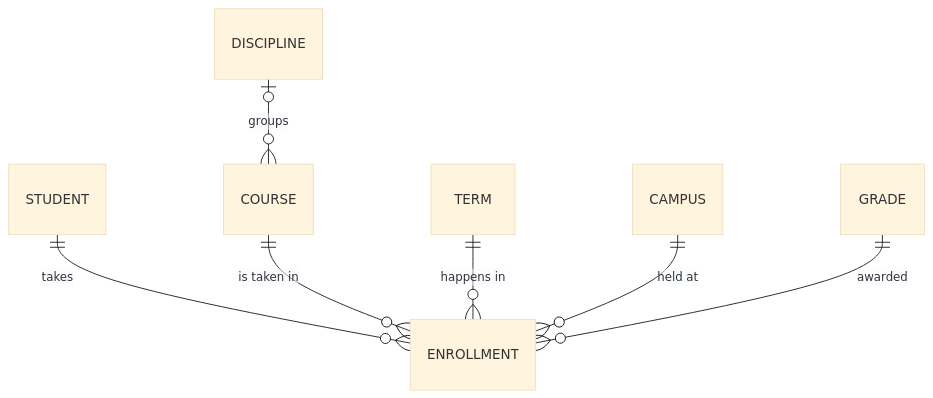
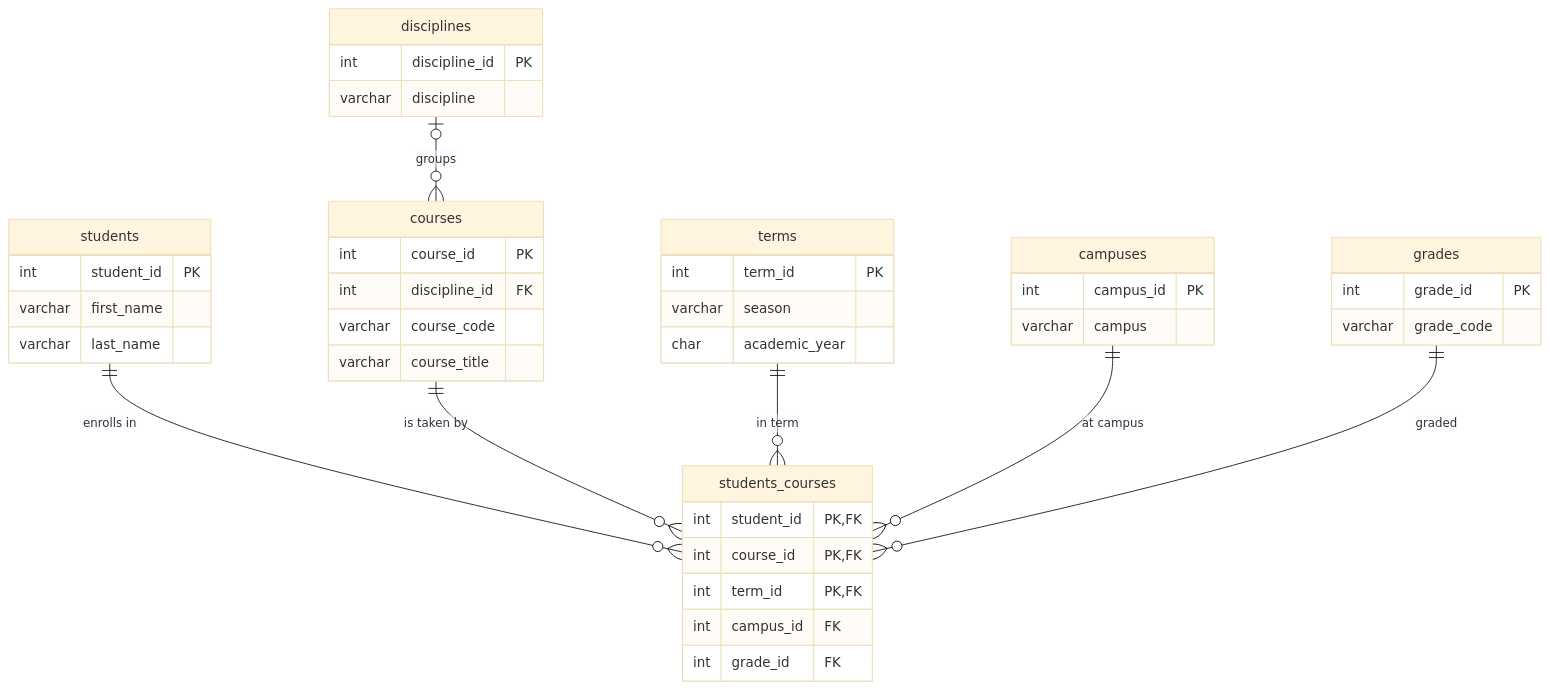
Before and after one commit to seyhasenganz/my-sql-assignment: the diagram in summer_electives/README.md, drawn with Mermaid (base theme). The commit also changed other lines of this file and 3 other files, not shown here.

First line of the commit message:
Restructure summer electives schema into junction-table pattern

````diff
--- a/summer_electives/README.md
+++ b/summer_electives/README.md
@@ -67,9 +63,31 @@
 ```mermaid
 erDiagram
-    STUDENT    ||--o{ ENROLLMENT : "takes"
-    COURSE     ||--o{ ENROLLMENT : "is taken in"
-    TERM       ||--o{ ENROLLMENT : "happens in"
-    CAMPUS     ||--o{ ENROLLMENT : "held at"
-    GRADE      ||--o{ ENROLLMENT : "awarded"
-    DISCIPLINE |o--o{ COURSE     : "groups"
+    students    ||--o{ students_courses : "enrolls in"
+    courses     ||--o{ students_courses : "is taken by"
+    terms       ||--o{ students_courses : "in term"
+    campuses    ||--o{ students_courses : "at campus"
+    grades      ||--o{ students_courses : "graded"
+    disciplines |o--o{ courses          : "groups"
+
+    students { int student_id PK
+               varchar first_name
+               varchar last_name }
+    courses  { int course_id PK
+               int discipline_id FK
+               varchar course_code
+               varchar course_title }
+    disciplines { int discipline_id PK
+                  varchar discipline }
+    campuses { int campus_id PK
+               varchar campus }
+    terms    { int term_id PK
+               varchar season
+               char academic_year }
+    grades   { int grade_id PK
+               varchar grade_code }
+    students_courses { int student_id PK,FK
+                       int course_id PK,FK
+                       int term_id PK,FK
+                       int campus_id FK
+                       int grade_id FK }
 ```
````
